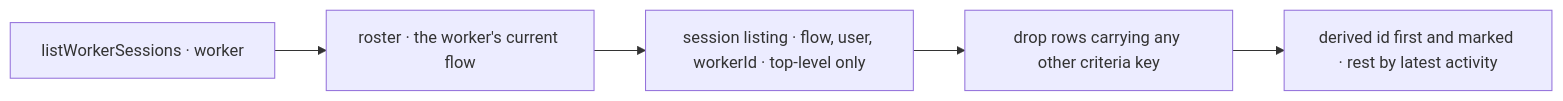
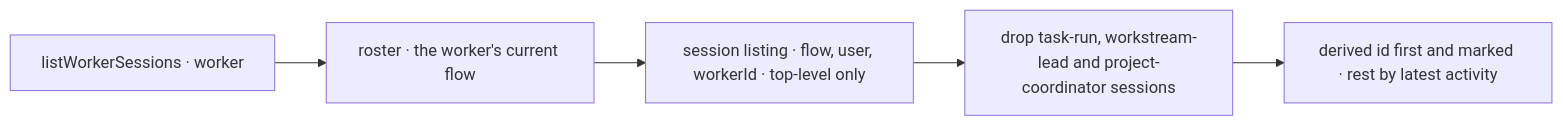
One commit to fixpoint-labs/flow-state-dev changed the third of 3 diagrams in specs/issues/FIX-2158/SPEC.md. Above: the diagram before and after it, drawn with Mermaid. The commit also changed other lines of this file and 1 other file, not shown here.

First line of the commit message:
FIX-2158 spec: name the excluded session kinds, so a project-scoped lab session is listed

````diff
--- a/specs/issues/FIX-2158/SPEC.md
+++ b/specs/issues/FIX-2158/SPEC.md
@@ -87,7 +87,7 @@
 ```mermaid
 flowchart LR
   C["listWorkerSessions · worker"] --> R["roster · the worker's current flow"]
   R --> S["session listing · flow, user, workerId · top-level only"]
-  S --> K["drop rows carrying any other criteria key"]
+  S --> K["drop task-run, workstream-lead and project-coordinator sessions"]
   K --> O["derived id first and marked · rest by latest activity"]
 ```
````
